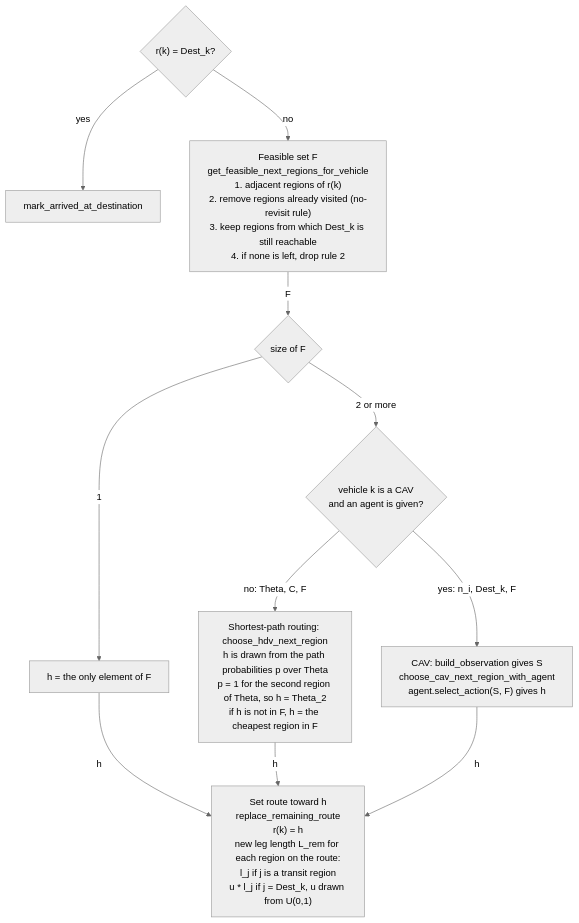
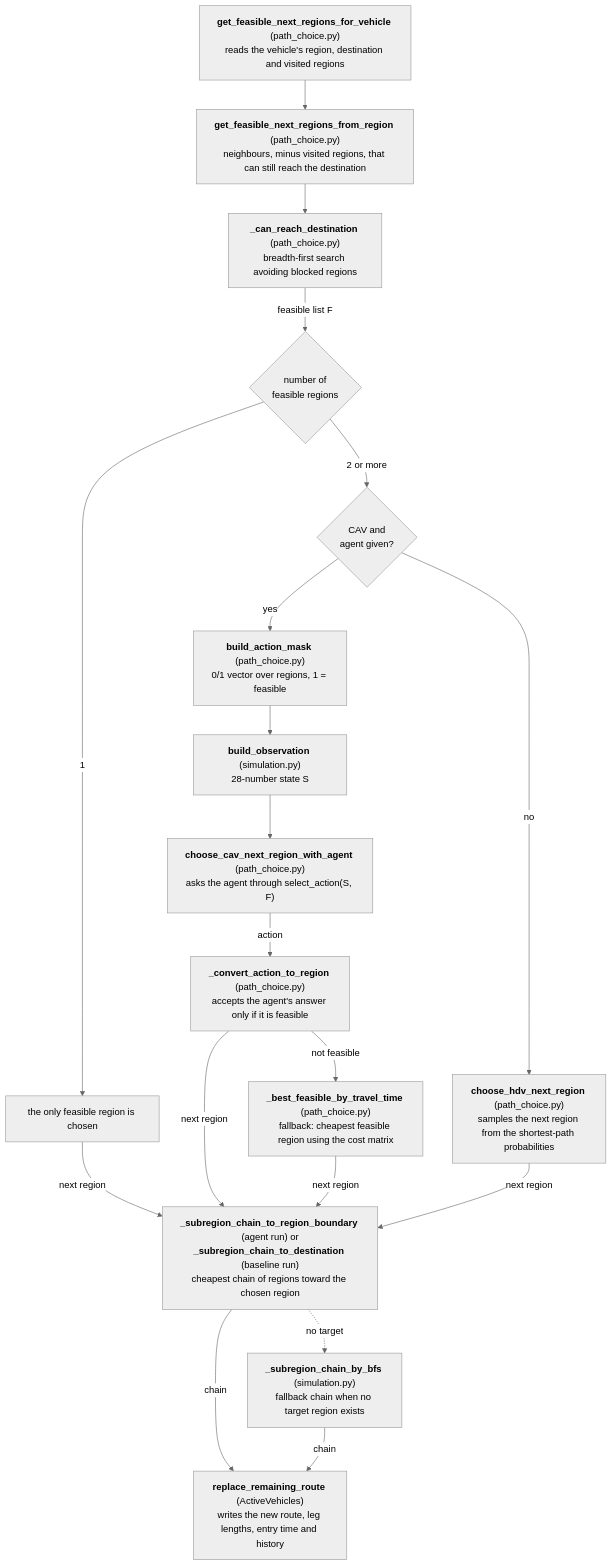
Before and after one commit to sathyakumarnandakumar-cmyk/RG_MFD_Pub: the third of 3 diagrams in docs/SIMULATION_FLOWCHART.md, drawn with Mermaid (neutral theme). The commit also changed other lines of this file and 1 other file, not shown here.

Commit message:
Split flowcharts into codebase flow and math flow

````diff
--- a/docs/SIMULATION_FLOWCHART.md
+++ b/docs/SIMULATION_FLOWCHART.md
@@ -69,23 +83,34 @@
 ```mermaid
 flowchart TD
-    A{"r(k) = Dest_k?"}
-    B["mark_arrived_at_destination"]
-    C["Feasible set F<br/>get_feasible_next_regions_for_vehicle<br/>1. adjacent regions of r(k)<br/>2. remove regions already visited (no-revisit rule)<br/>3. keep regions from which Dest_k is still reachable<br/>4. if none is left, drop rule 2"]
-    D{"size of F"}
-    E["h = the only element of F"]
-    F{"vehicle k is a CAV<br/>and an agent is given?"}
-    G["Shortest-path routing: choose_hdv_next_region<br/>h is drawn from the path probabilities p over Theta<br/>p = 1 for the second region of Theta, so h = Theta_2<br/>if h is not in F, h = the cheapest region in F"]
-    H["CAV: build_observation gives S<br/>choose_cav_next_region_with_agent<br/>agent.select_action(S, F) gives h"]
-    I["Set route toward h<br/>replace_remaining_route<br/>r(k) = h<br/>new leg length L_rem for each region on the route:<br/>l_j if j is a transit region<br/>u * l_j if j = Dest_k, u drawn from U(0,1)"]
+    B1["<b>get_feasible_next_regions_for_vehicle</b> (path_choice.py)<br/>reads the vehicle's region, destination and visited regions"]
+    B2["<b>get_feasible_next_regions_from_region</b> (path_choice.py)<br/>neighbours, minus visited regions, that can still reach the destination"]
+    B3["<b>_can_reach_destination</b> (path_choice.py)<br/>breadth-first search avoiding blocked regions"]
+    B4{"number of<br/>feasible regions"}
+    B5["the only feasible region is chosen"]
+    B6{"CAV and<br/>agent given?"}
+    B7["<b>build_action_mask</b> (path_choice.py)<br/>0/1 vector over regions, 1 = feasible"]
+    B8["<b>build_observation</b> (simulation.py)<br/>28-number state S"]
+    B9["<b>choose_cav_next_region_with_agent</b> (path_choice.py)<br/>asks the agent through select_action(S, F)"]
+    B10["<b>_convert_action_to_region</b> (path_choice.py)<br/>accepts the agent's answer only if it is feasible"]
+    B11["<b>_best_feasible_by_travel_time</b> (path_choice.py)<br/>fallback: cheapest feasible region using the cost matrix"]
+    B12["<b>choose_hdv_next_region</b> (path_choice.py)<br/>samples the next region from the shortest-path probabilities"]
+    B13["<b>_subregion_chain_to_region_boundary</b> (agent run) or<br/><b>_subregion_chain_to_destination</b> (baseline run)<br/>cheapest chain of regions toward the chosen region"]
+    B14["<b>_subregion_chain_by_bfs</b> (simulation.py)<br/>fallback chain when no target region exists"]
+    B15["<b>replace_remaining_route</b> (ActiveVehicles)<br/>writes the new route, leg lengths, entry time and history"]
 
-    A -->|"yes"| B
-    A -->|"no"| C
-    C -->|"F"| D
-    D -->|"1"| E
-    D -->|"2 or more"| F
-    F -->|"no: Theta, C, F"| G
-    F -->|"yes: n_i, Dest_k, F"| H
-    E -->|"h"| I
-    G -->|"h"| I
-    H -->|"h"| I
+    B1 --> B2 --> B3
+    B3 -->|"feasible list F"| B4
+    B4 -->|"1"| B5
+    B4 -->|"2 or more"| B6
+    B6 -->|"yes"| B7 --> B8 --> B9
+    B9 -->|"action"| B10
+    B10 -->|"not feasible"| B11
+    B6 -->|"no"| B12
+    B5 -->|"next region"| B13
+    B10 -->|"next region"| B13
+    B11 -->|"next region"| B13
+    B12 -->|"next region"| B13
+    B13 -->|"chain"| B15
+    B13 -.->|"no target"| B14
+    B14 -->|"chain"| B15
 ```
````
